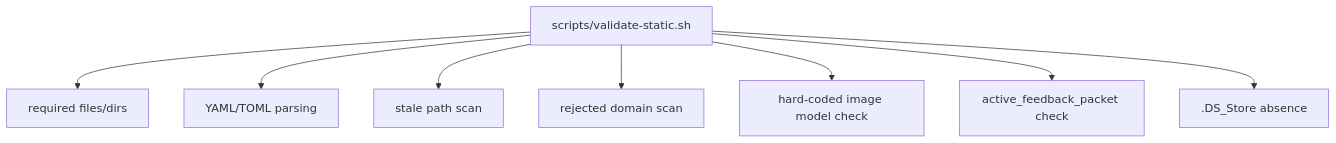
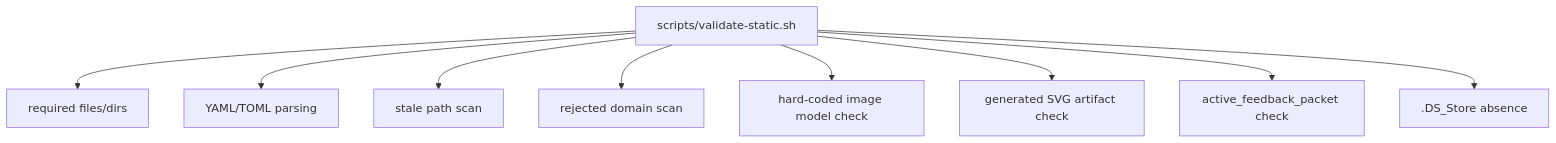
Before and after one commit to dhfmzk/chuu-gumi: the eighth of 9 diagrams in docs/how-it-works.ko.md, drawn with Mermaid. The commit also changed other lines of this file and 16 other files, not shown here.

````diff
--- a/docs/how-it-works.ko.md
+++ b/docs/how-it-works.ko.md
@@ -288,10 +288,11 @@
 ```mermaid
 flowchart TD
     A["scripts/validate-static.sh"] --> B["required files/dirs"]
     A --> C["YAML/TOML parsing"]
     A --> D["stale path scan"]
     A --> E["rejected domain scan"]
     A --> F["hard-coded image model check"]
-    A --> G["active_feedback_packet check"]
-    A --> H[".DS_Store absence"]
+    A --> G["generated SVG artifact check"]
+    A --> H["active_feedback_packet check"]
+    A --> I[".DS_Store absence"]
 ```
````
